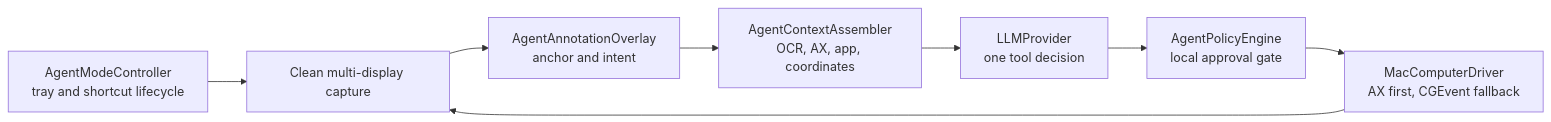
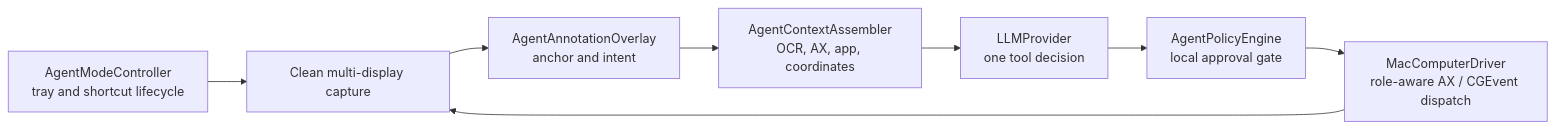
One commit to shotpaste/shotpaste changed the diagram in docs/AGENT_MODE.md. Above: the diagram before and after it, drawn with Mermaid. The commit also changed other lines of this file and 6 other files, not shown here.

````diff
--- a/docs/AGENT_MODE.md
+++ b/docs/AGENT_MODE.md
@@ -82,10 +82,10 @@
 ```mermaid
 flowchart LR
   A["AgentModeController<br/>tray and shortcut lifecycle"] --> B["Clean multi-display capture"]
   B --> C["AgentAnnotationOverlay<br/>anchor and intent"]
   C --> D["AgentContextAssembler<br/>OCR, AX, app, coordinates"]
   D --> E["LLMProvider<br/>one tool decision"]
   E --> F["AgentPolicyEngine<br/>local approval gate"]
-  F --> G["MacComputerDriver<br/>AX first, CGEvent fallback"]
+  F --> G["MacComputerDriver<br/>role-aware AX / CGEvent dispatch"]
   G --> B
 ```
````
